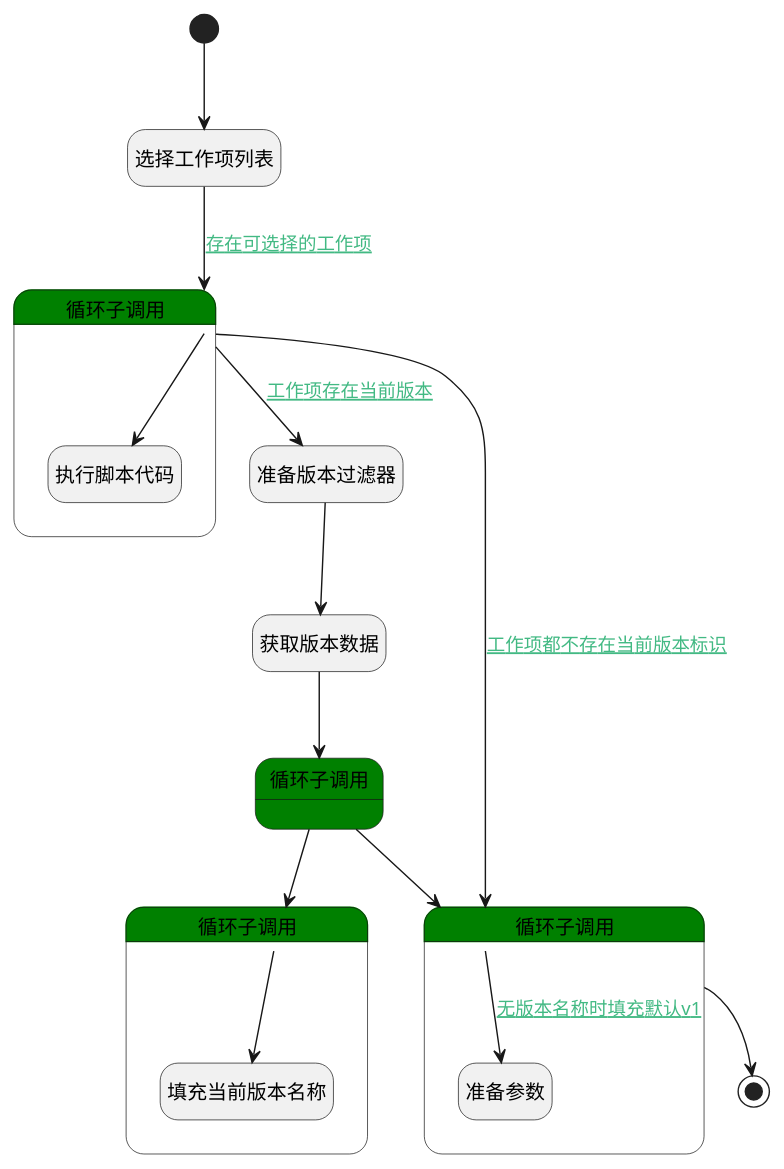
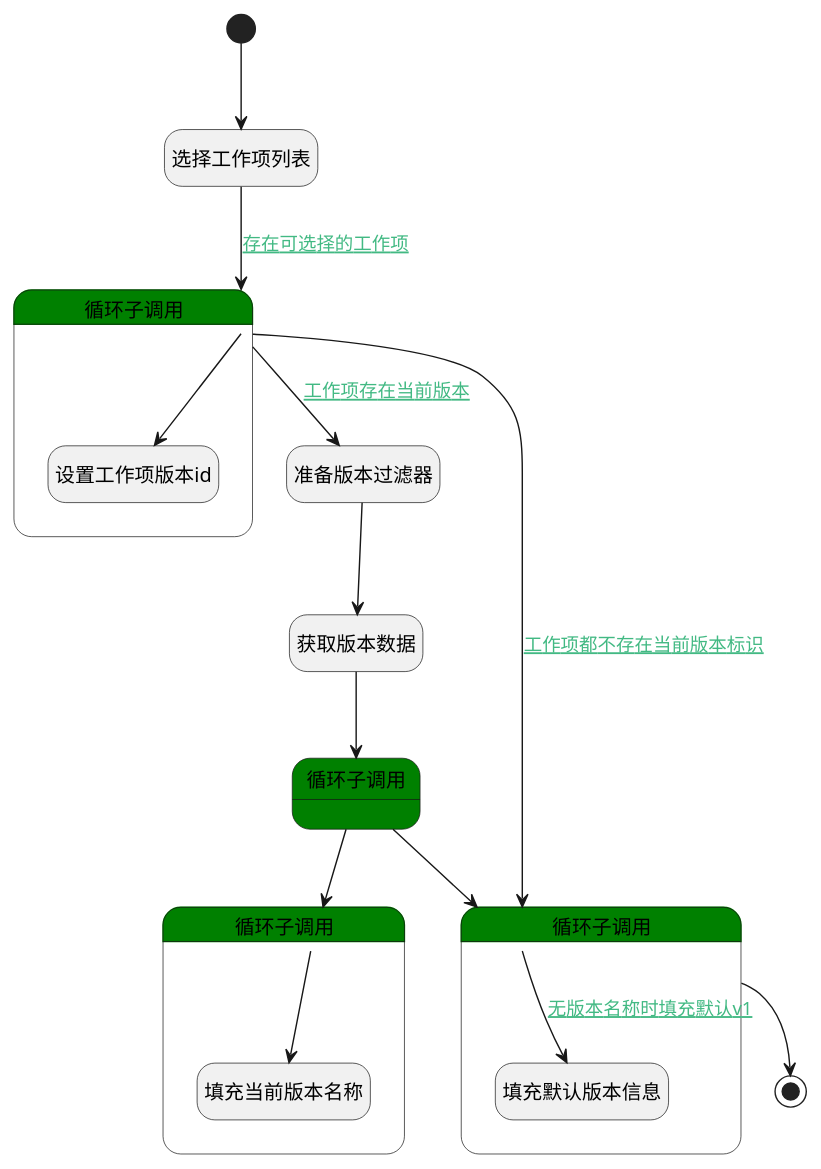
One commit to iBizLab/plm changed the diagram in doc/docsify/module/ProjMgmt/work_item/logic/baseline_plan_work_item.md. Above: the diagram before and after it, drawn with PlantUML. The commit also changed other lines of this file and 1778 other files, not shown here.

````diff
--- a/doc/docsify/module/ProjMgmt/work_item/logic/baseline_plan_work_item.md
+++ b/doc/docsify/module/ProjMgmt/work_item/logic/baseline_plan_work_item.md
@@ -7,44 +7,44 @@
 ```plantuml
 @startuml
 hide empty description
 <style>
 root {
   HyperlinkColor #42b983
 }
 </style>
 
 hide empty description
 state "开始" as Begin <<start>> [[$./baseline_plan_work_item#begin {"开始"}]]
 state "选择工作项列表" as DEDATASET1  [[$./baseline_plan_work_item#dedataset1 {"选择工作项列表"}]]
 state "准备版本过滤器" as PREPAREPARAM1  [[$./baseline_plan_work_item#prepareparam1 {"准备版本过滤器"}]]
 state "获取版本数据" as DEDATASET2  [[$./baseline_plan_work_item#dedataset2 {"获取版本数据"}]]
 state "结束" as END1 <<end>> [[$./baseline_plan_work_item#end1 {"结束"}]]
 state "循环子调用" as LOOPSUBCALL1  [[$./baseline_plan_work_item#loopsubcall1 {"循环子调用"}]] #green {
-state "执行脚本代码" as RAWSFCODE1  [[$./baseline_plan_work_item#rawsfcode1 {"执行脚本代码"}]]
+state "设置工作项版本id" as RAWSFCODE1  [[$./baseline_plan_work_item#rawsfcode1 {"设置工作项版本id"}]]
 }
 state "循环子调用" as LOOPSUBCALL2  [[$./baseline_plan_work_item#loopsubcall2 {"循环子调用"}]] #green {
 }
 state "循环子调用" as LOOPSUBCALL3  [[$./baseline_plan_work_item#loopsubcall3 {"循环子调用"}]] #green {
 state "填充当前版本名称" as PREPAREPARAM2  [[$./baseline_plan_work_item#prepareparam2 {"填充当前版本名称"}]]
 }
 state "循环子调用" as LOOPSUBCALL4  [[$./baseline_plan_work_item#loopsubcall4 {"循环子调用"}]] #green {
-state "准备参数" as PREPAREPARAM3  [[$./baseline_plan_work_item#prepareparam3 {"准备参数"}]]
+state "填充默认版本信息" as PREPAREPARAM3  [[$./baseline_plan_work_item#prepareparam3 {"填充默认版本信息"}]]
 }
 
 
 Begin --> DEDATASET1
 DEDATASET1 --> LOOPSUBCALL1 : [[$./baseline_plan_work_item#dedataset1-loopsubcall1{存在可选择的工作项} 存在可选择的工作项]]
 LOOPSUBCALL1 --> RAWSFCODE1
 LOOPSUBCALL1 --> PREPAREPARAM1 : [[$./baseline_plan_work_item#loopsubcall1-prepareparam1{工作项存在当前版本} 工作项存在当前版本]]
 PREPAREPARAM1 --> DEDATASET2
 DEDATASET2 --> LOOPSUBCALL2
 LOOPSUBCALL2 --> LOOPSUBCALL3
 LOOPSUBCALL3 --> PREPAREPARAM2
 LOOPSUBCALL2 --> LOOPSUBCALL4
 LOOPSUBCALL4 --> END1
 LOOPSUBCALL4 --> PREPAREPARAM3 : [[$./baseline_plan_work_item#loopsubcall4-prepareparam3{无版本名称时填充默认v1} 无版本名称时填充默认v1]]
 LOOPSUBCALL1 --> LOOPSUBCALL4 : [[$./baseline_plan_work_item#loopsubcall1-loopsubcall4{工作项都不存在当前版本标识} 工作项都不存在当前版本标识]]
 
 
 @enduml
 ```
````
